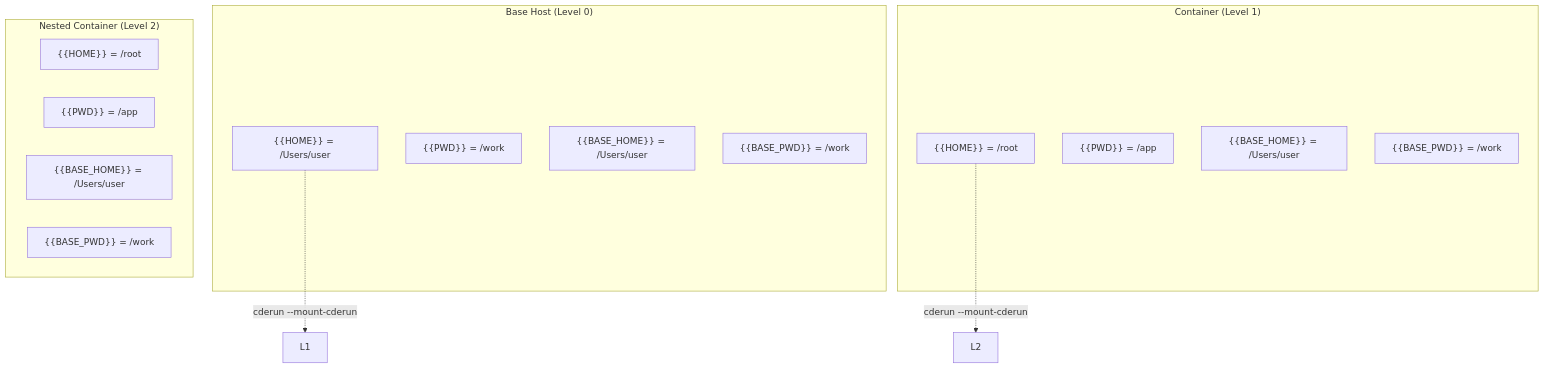
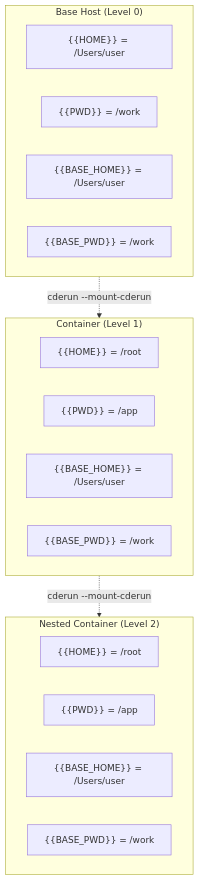
Before and after one commit to Tei1988/cderun: the diagram in docs/features/value-resolution.md, drawn with Mermaid. The commit also changed 1 other file, not shown here.

Commit message:
docs: refine value resolution and sensitive data protection documentation
- Updated `docs/features/value-resolution.md`:
  - Added a Mermaid diagram with explicit subgraph IDs to visualize Magic Word transitions (BASE_HOME/PWD vs HOME/PWD).
  - Documented "Nested Expressions" (recursive resolution) with examples.
  - Clarified "Sticky Error" pattern impact on user experience.
  - Corrected unknown directive handling description to match current implementation.
- Updated `docs/features/sensitive-data-protection.md`:
  - Added "Future Keyword Additions" section.
  - Provided concrete segmentation and masking examples.
- Updated `.agent/todo.md`:
  - Recorded documentation/implementation discrepancy regarding warnings.
  - Added a new task (T24) to track the build failure in `internal/command/snapshot_error_test.go`.

Verified with `make link-check` and `npx markdownlint-cli`. No implementation or test code was modified to strictly follow the task constraints.

````diff
--- a/docs/features/value-resolution.md
+++ b/docs/features/value-resolution.md
@@ -72,27 +72,27 @@
 ```mermaid
 graph TD
-    subgraph "Base Host (Level 0)"
+    subgraph L0 ["Base Host (Level 0)"]
         H0["{{HOME}} = /Users/user"]
         P0["{{PWD}} = /work"]
         BH0["{{BASE_HOME}} = /Users/user"]
         BP0["{{BASE_PWD}} = /work"]
     end
 
-    H0 -.-> |"cderun --mount-cderun"| L1
+    L0 -.-> |"cderun --mount-cderun"| L1
 
-    subgraph "Container (Level 1)"
+    subgraph L1 ["Container (Level 1)"]
         H1["{{HOME}} = /root"]
         P1["{{PWD}} = /app"]
         BH1["{{BASE_HOME}} = /Users/user"]
         BP1["{{BASE_PWD}} = /work"]
     end
 
-    H1 -.-> |"cderun --mount-cderun"| L2
+    L1 -.-> |"cderun --mount-cderun"| L2
 
-    subgraph "Nested Container (Level 2)"
+    subgraph L2 ["Nested Container (Level 2)"]
         H2["{{HOME}} = /root"]
         P2["{{PWD}} = /app"]
         BH2["{{BASE_HOME}} = /Users/user"]
         BP2["{{BASE_PWD}} = /work"]
     end
 ```
````
